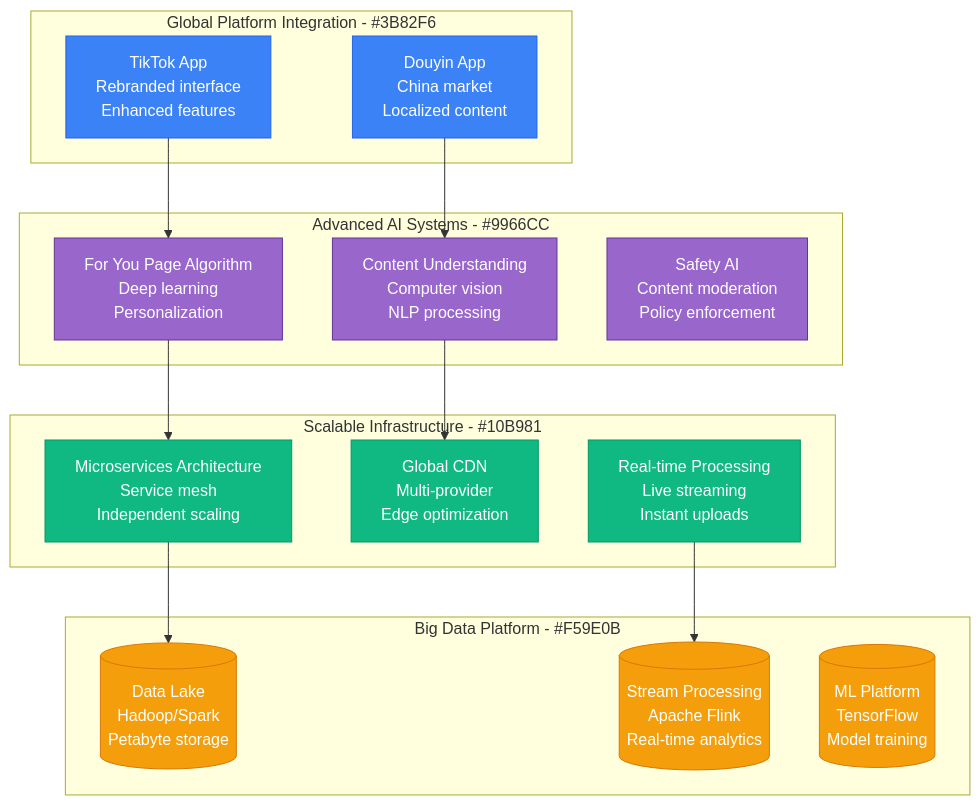
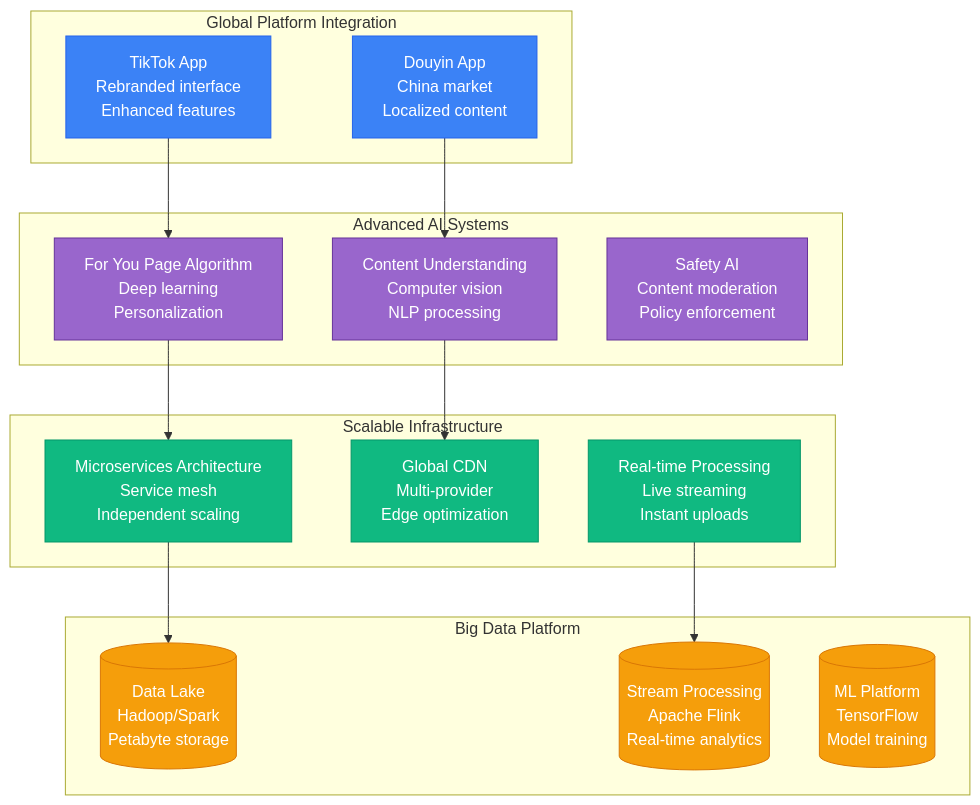
One commit to deepaucksharma/DS changed the second of 3 diagrams in site/docs/scaling/tiktok-scale-evolution.md. Above: the diagram before and after it, drawn with Mermaid. The commit also changed other lines of this file and 169 other files, not shown here.

````diff
--- a/site/docs/scaling/tiktok-scale-evolution.md
+++ b/site/docs/scaling/tiktok-scale-evolution.md
@@ -74,42 +74,42 @@
 ```mermaid
 graph TB
-    subgraph GlobalPlatform[Global Platform Integration - #3B82F6]
+    subgraph GlobalPlatform["Global Platform Integration"]
         TIKTOK_APP[TikTok App<br/>Rebranded interface<br/>Enhanced features]
         DOUYIN_APP[Douyin App<br/>China market<br/>Localized content]
     end
 
-    subgraph AdvancedAI[Advanced AI Systems - #9966CC]
+    subgraph AdvancedAI["Advanced AI Systems"]
         FYP_ALGORITHM[For You Page Algorithm<br/>Deep learning<br/>Personalization]
         CONTENT_UNDERSTANDING[Content Understanding<br/>Computer vision<br/>NLP processing]
         SAFETY_AI[Safety AI<br/>Content moderation<br/>Policy enforcement]
     end
 
-    subgraph ScalableInfra[Scalable Infrastructure - #10B981]
+    subgraph ScalableInfra["Scalable Infrastructure"]
         MICROSERVICES[Microservices Architecture<br/>Service mesh<br/>Independent scaling]
         GLOBAL_CDN[Global CDN<br/>Multi-provider<br/>Edge optimization]
         REAL_TIME[Real-time Processing<br/>Live streaming<br/>Instant uploads]
     end
 
-    subgraph BigData[Big Data Platform - #F59E0B]
+    subgraph BigData["Big Data Platform"]
         DATA_LAKE[(Data Lake<br/>Hadoop/Spark<br/>Petabyte storage)]
         STREAM_PROCESSING[(Stream Processing<br/>Apache Flink<br/>Real-time analytics)]
         ML_PLATFORM[(ML Platform<br/>TensorFlow<br/>Model training)]
     end
 
     TIKTOK_APP --> FYP_ALGORITHM
     DOUYIN_APP --> CONTENT_UNDERSTANDING
     FYP_ALGORITHM --> MICROSERVICES
     CONTENT_UNDERSTANDING --> GLOBAL_CDN
     MICROSERVICES --> DATA_LAKE
     REAL_TIME --> STREAM_PROCESSING
 
     classDef platformStyle fill:#3B82F6,stroke:#2563EB,color:#fff
     classDef aiStyle fill:#9966CC,stroke:#663399,color:#fff
     classDef infraStyle fill:#10B981,stroke:#059669,color:#fff
     classDef dataStyle fill:#F59E0B,stroke:#D97706,color:#fff
 
     class TIKTOK_APP,DOUYIN_APP platformStyle
     class FYP_ALGORITHM,CONTENT_UNDERSTANDING,SAFETY_AI aiStyle
     class MICROSERVICES,GLOBAL_CDN,REAL_TIME infraStyle
     class DATA_LAKE,STREAM_PROCESSING,ML_PLATFORM dataStyle
 ```
````
